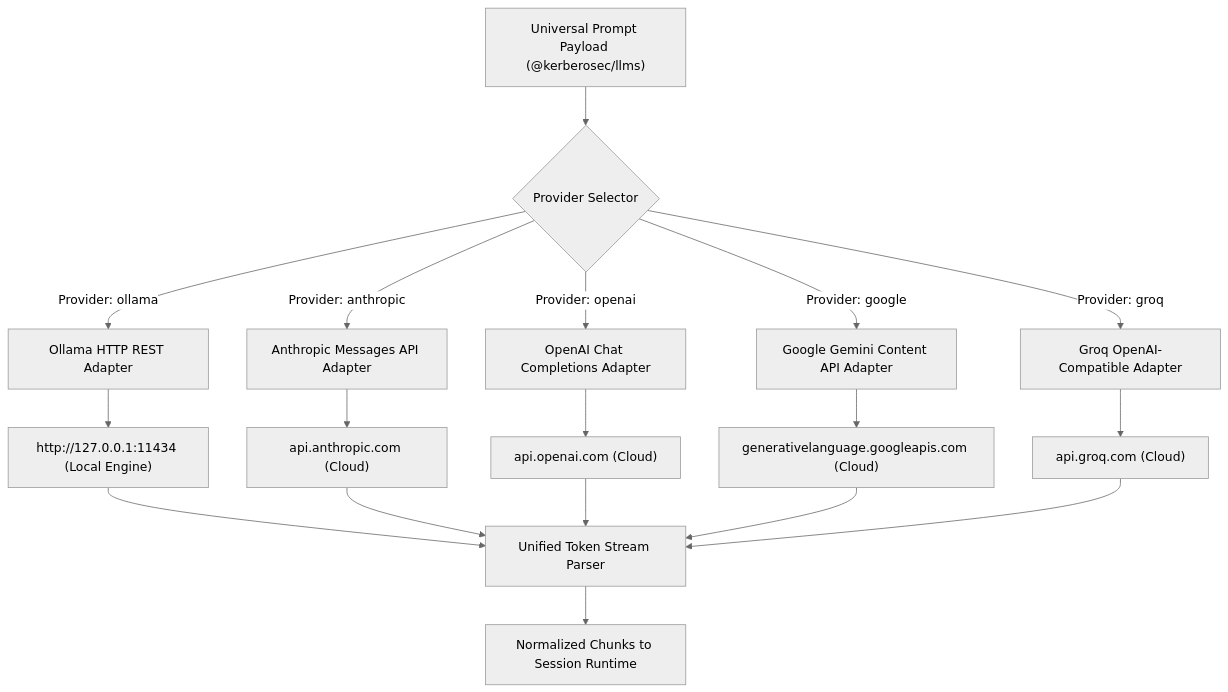
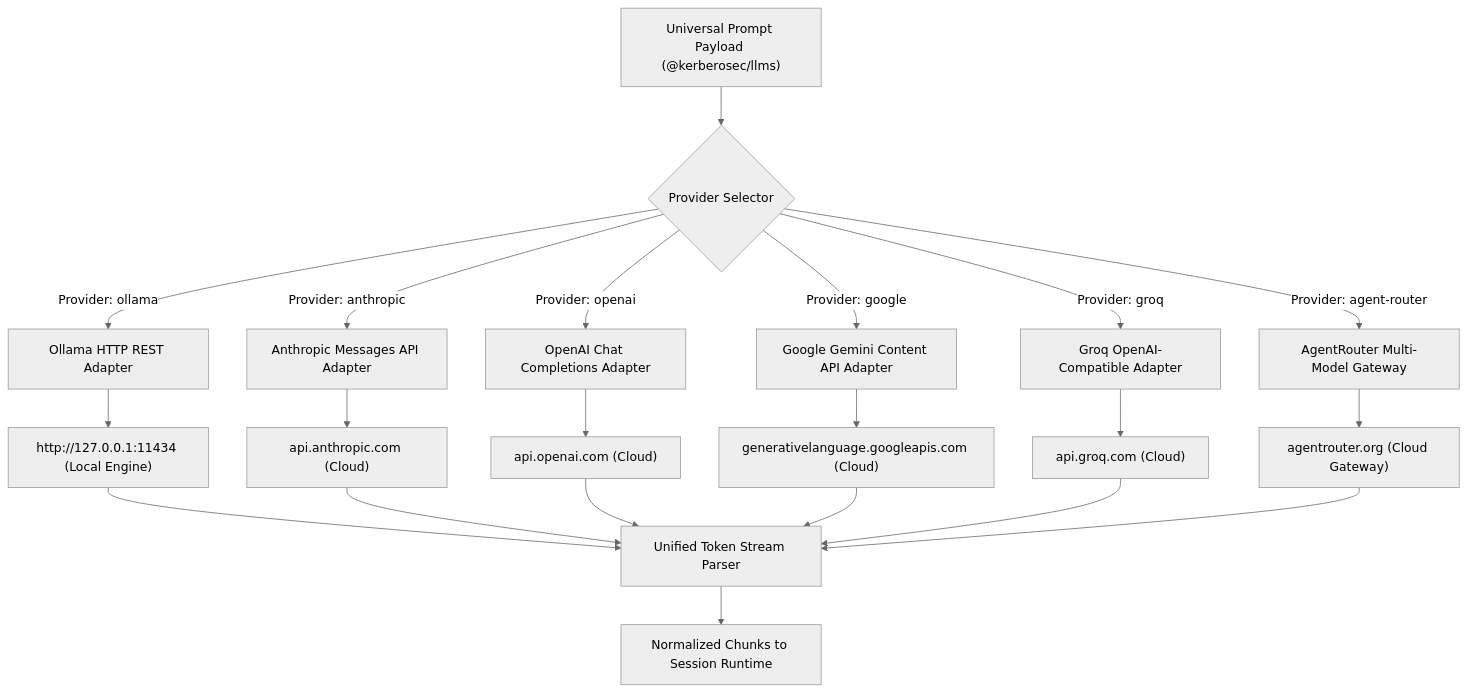
Before and after one commit to KerberoSec/KerberoSec-CLI: diagram 18 of 34 in README.md, drawn with Mermaid (neutral theme). The commit also changed other lines of this file and 61 other files, not shown here.

````diff
--- a/README.md
+++ b/README.md
@@ -1369,23 +1920,26 @@
 ```mermaid
 graph TD
     UnifiedReq["Universal Prompt Payload (@kerberosec/llms)"] --> Router{"Provider Selector"}
 
     Router -- "Provider: ollama" --> OllamaAdapter["Ollama HTTP REST Adapter"]
     Router -- "Provider: anthropic" --> AnthropicAdapter["Anthropic Messages API Adapter"]
     Router -- "Provider: openai" --> OpenAIAdapter["OpenAI Chat Completions Adapter"]
     Router -- "Provider: google" --> GeminiAdapter["Google Gemini Content API Adapter"]
     Router -- "Provider: groq" --> GroqAdapter["Groq OpenAI-Compatible Adapter"]
+    Router -- "Provider: agent-router" --> AgentRouterAdapter["AgentRouter Multi-Model Gateway"]
 
     OllamaAdapter --> LocalPort["http://127.0.0.1:11434 (Local Engine)"]
     AnthropicAdapter --> CloudAnthropic["api.anthropic.com (Cloud)"]
     OpenAIAdapter --> CloudOpenAI["api.openai.com (Cloud)"]
     GeminiAdapter --> CloudGemini["generativelanguage.googleapis.com (Cloud)"]
     GroqAdapter --> CloudGroq["api.groq.com (Cloud)"]
+    AgentRouterAdapter --> CloudAgentRouter["agentrouter.org (Cloud Gateway)"]
 
     LocalPort --> StreamUnified["Unified Token Stream Parser"]
     CloudAnthropic --> StreamUnified
     CloudOpenAI --> StreamUnified
     CloudGemini --> StreamUnified
     CloudGroq --> StreamUnified
+    CloudAgentRouter --> StreamUnified
     StreamUnified --> Output["Normalized Chunks to Session Runtime"]
 ```
````
